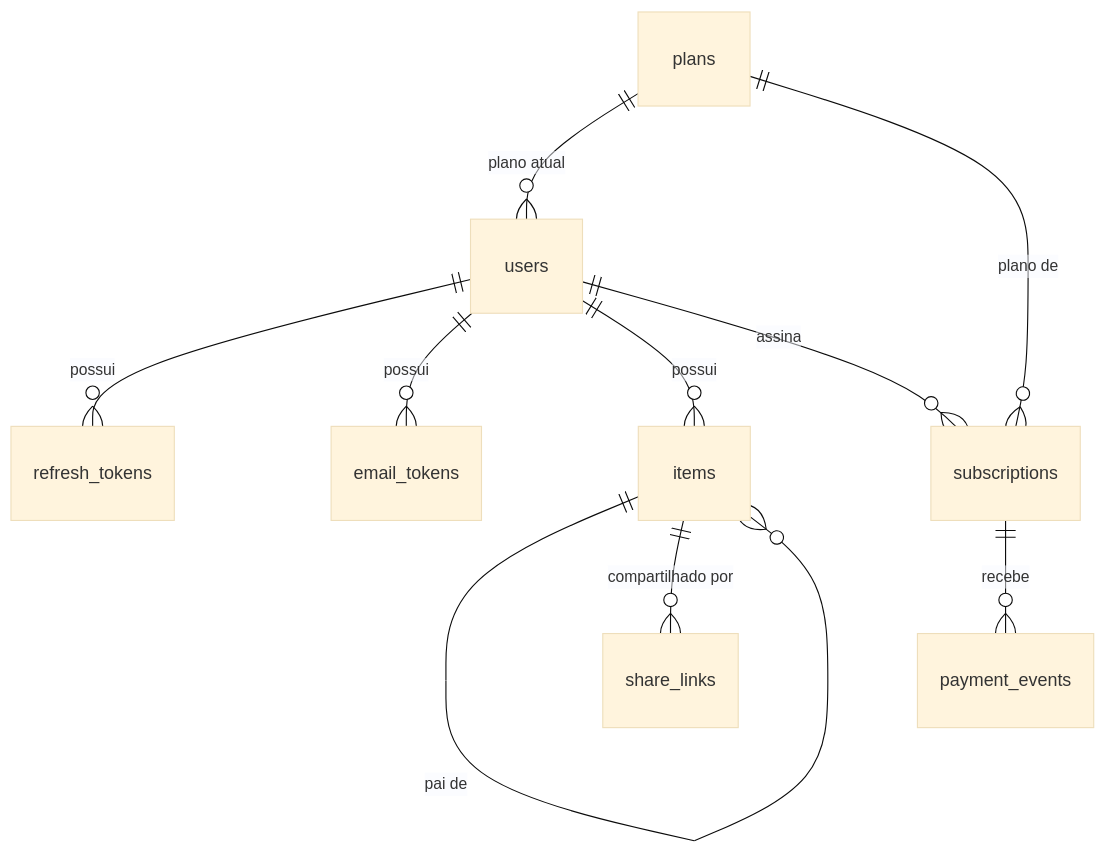
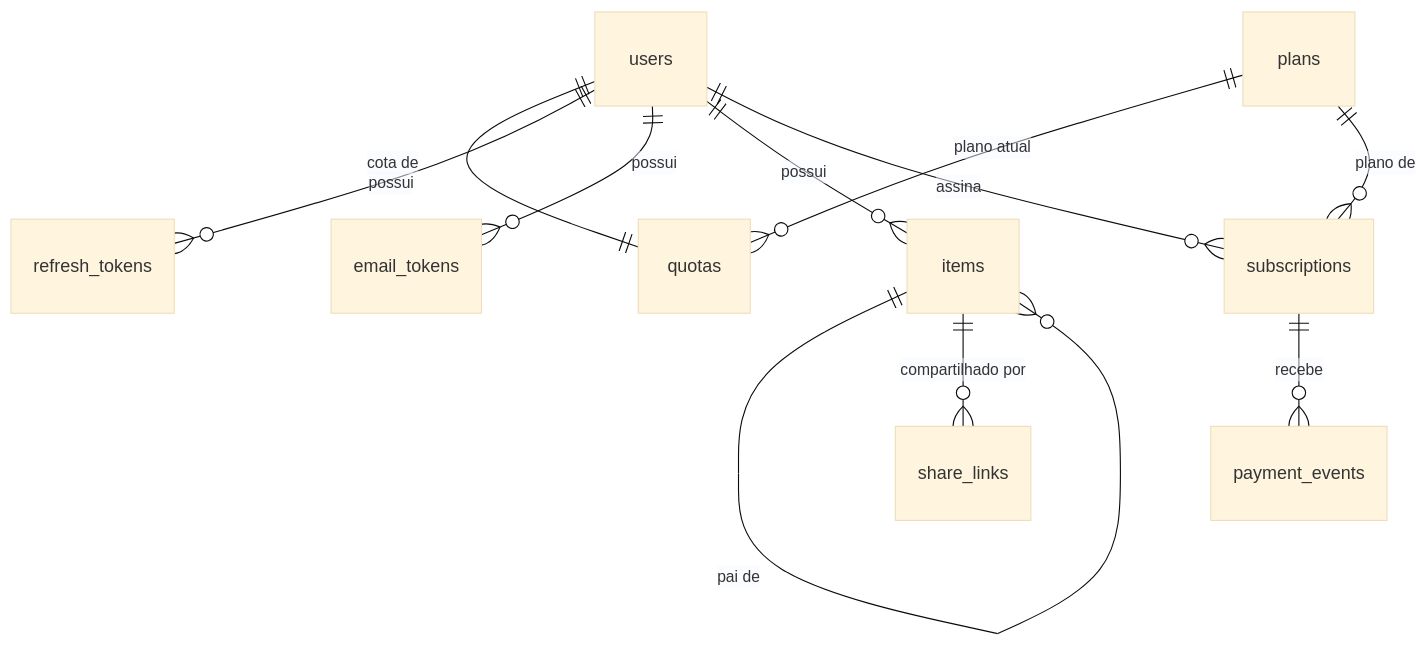
The second of 4 diagrams in docs/lld.md (argentinaluiz/spec-pullrequest-ia), drawn with Mermaid (base theme) before and after one commit. The commit also changed other lines of this file and 2 other files, not shown here.

````diff
--- a/docs/lld.md
+++ b/docs/lld.md
@@ -121,12 +121,13 @@
 ```mermaid
 erDiagram
-    plans ||--o{ users : "plano atual"
+    users ||--|| quotas : "cota de"
+    plans ||--o{ quotas : "plano atual"
     users ||--o{ refresh_tokens : possui
     users ||--o{ email_tokens : possui
     users ||--o{ items : possui
     items ||--o{ items : "pai de"
     items ||--o{ share_links : "compartilhado por"
     users ||--o{ subscriptions : assina
     plans ||--o{ subscriptions : "plano de"
     subscriptions ||--o{ payment_events : recebe
 ```
````
